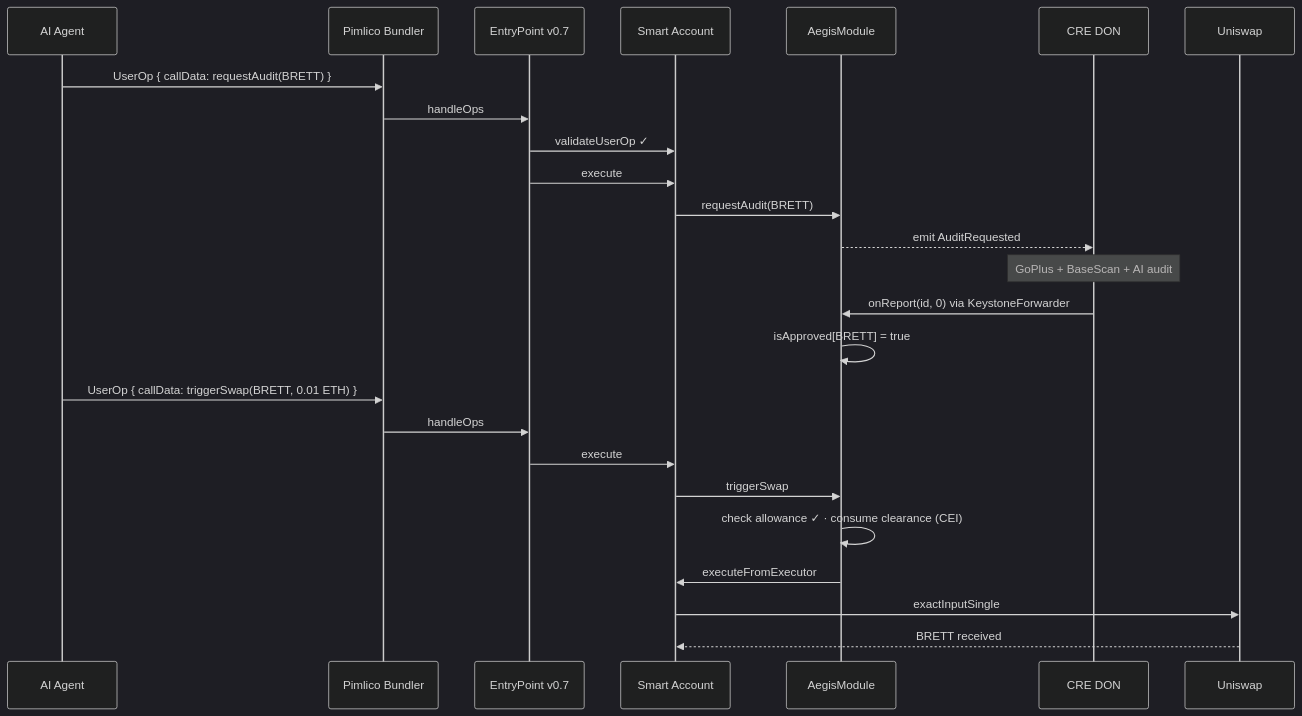
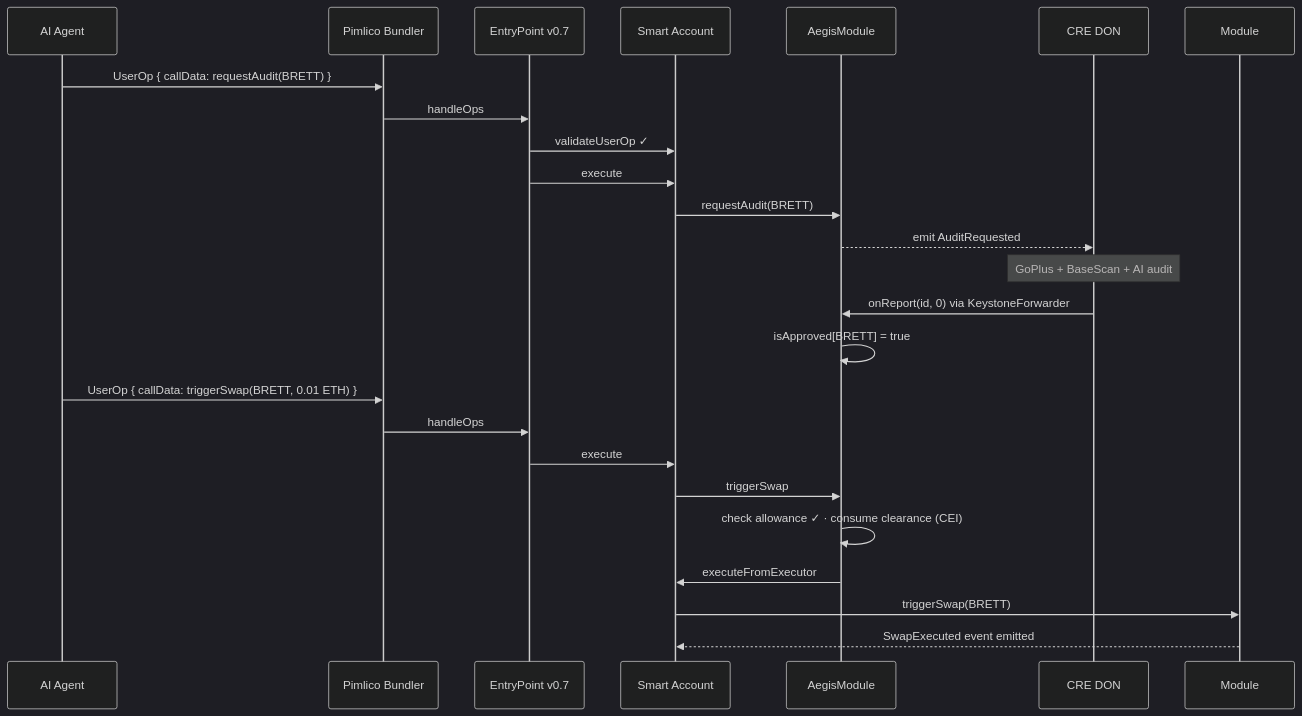
One commit to vjb/aegis-v4 changed the fifth of 12 diagrams in docs/ARCHITECTURE.md. Above: the diagram before and after it, drawn with Mermaid (dark theme). The commit also changed other lines of this file, not shown here.

Commit message:
fix: remove false Uniswap V3 claims from architecture docs

````diff
--- a/docs/ARCHITECTURE.md
+++ b/docs/ARCHITECTURE.md
@@ -115,30 +115,30 @@
 ```mermaid
 sequenceDiagram
     participant Bot as AI Agent
     participant Bundler as Pimlico Bundler
     participant EP as EntryPoint v0.7
     participant Safe as Smart Account
     participant AM as AegisModule
     participant CRE as CRE DON
 
     Bot->>Bundler: UserOp { callData: requestAudit(BRETT) }
     Bundler->>EP: handleOps
     EP->>Safe: validateUserOp ✓
     EP->>Safe: execute
     Safe->>AM: requestAudit(BRETT)
     AM-->>CRE: emit AuditRequested
 
     Note over CRE: GoPlus + BaseScan + AI audit
 
     CRE->>AM: onReport(id, 0) via KeystoneForwarder
     AM->>AM: isApproved[BRETT] = true
 
     Bot->>Bundler: UserOp { callData: triggerSwap(BRETT, 0.01 ETH) }
     Bundler->>EP: handleOps
     EP->>Safe: execute
     Safe->>AM: triggerSwap
     AM->>AM: check allowance ✓ · consume clearance (CEI)
     AM->>Safe: executeFromExecutor
-    Safe->>Uniswap: exactInputSingle
-    Uniswap-->>Safe: BRETT received
+    Safe->>Module: triggerSwap(BRETT)
+    Module-->>Safe: SwapExecuted event emitted
 ```
````
